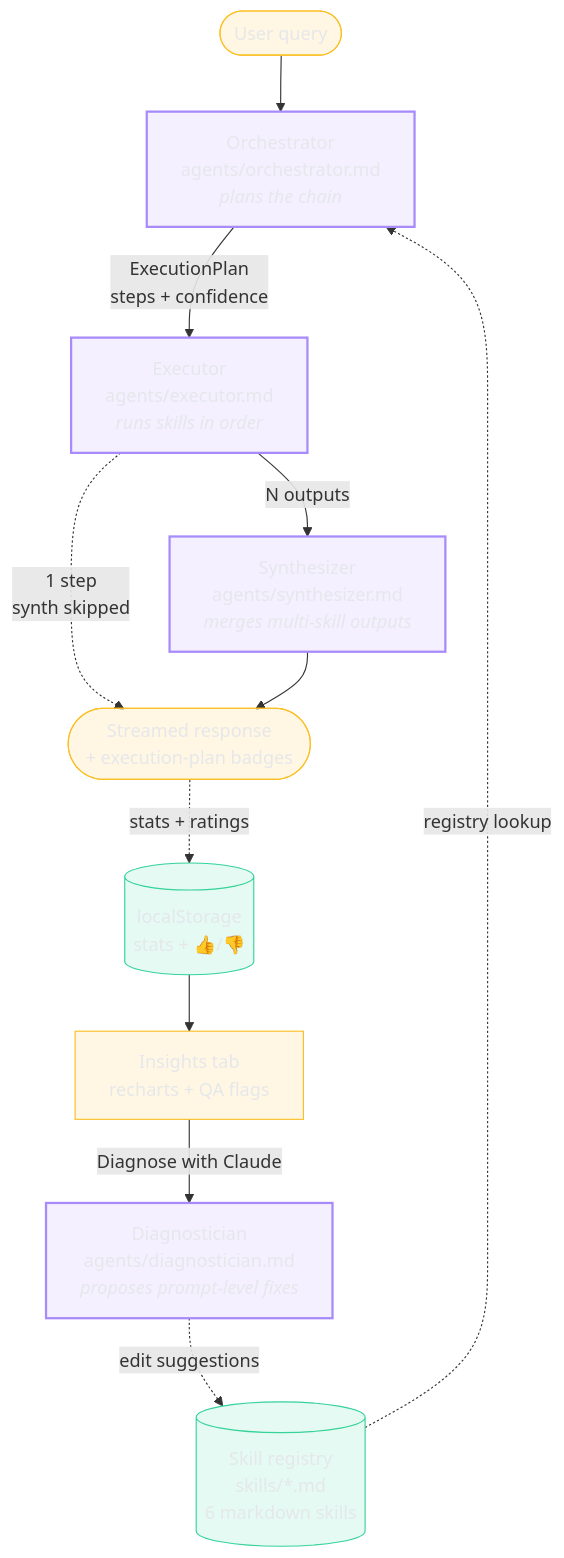
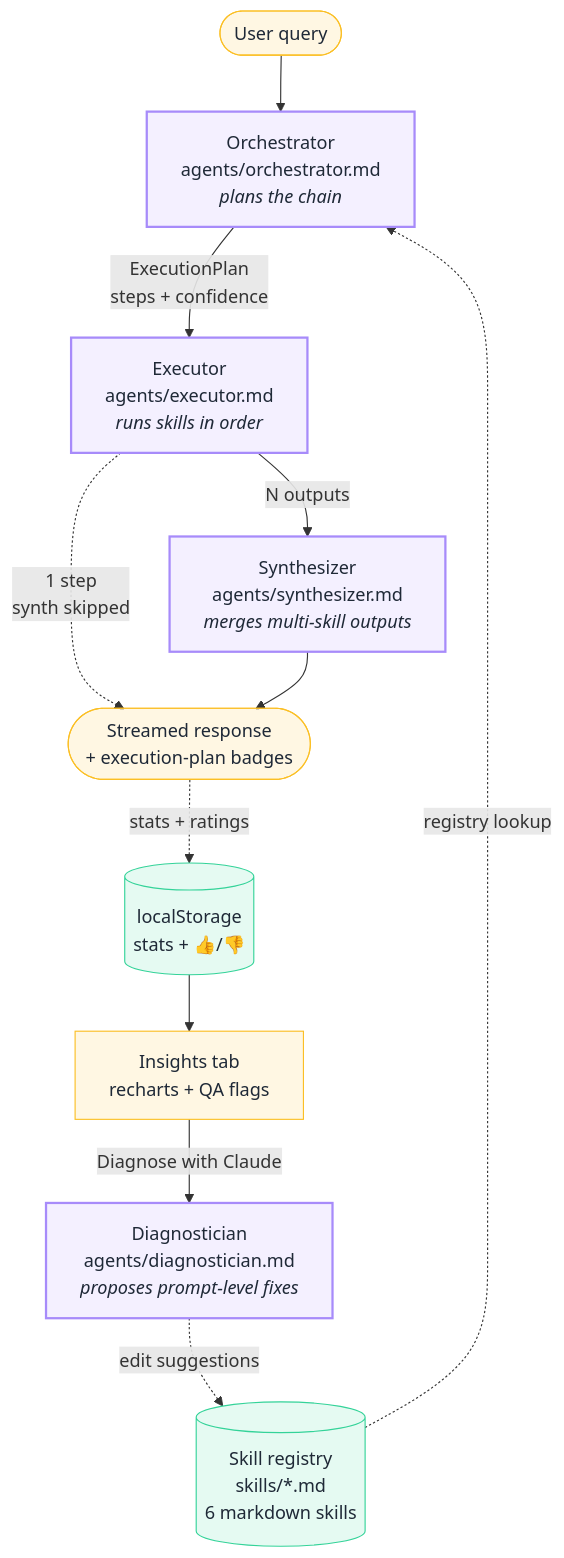
Before and after one commit to benxu001/ramp-skills-marketplace: the diagram in flow-diagram.md, drawn with Mermaid.

Commit message:
updated font color

````diff
--- a/flow-diagram.md
+++ b/flow-diagram.md
@@ -5,34 +5,34 @@
 ```mermaid
 flowchart TD
     U([User query])
 
     O[Orchestrator<br/>agents/orchestrator.md<br/><i>plans the chain</i>]
     E[Executor<br/>agents/executor.md<br/><i>runs skills in order</i>]
     S[Synthesizer<br/>agents/synthesizer.md<br/><i>merges multi-skill outputs</i>]
     R([Streamed response<br/>+ execution-plan badges])
 
     SK[(Skill registry<br/>skills/*.md<br/>6 markdown skills)]
 
     LS[(localStorage<br/>stats + 👍/👎)]
     I[Insights tab<br/>recharts + QA flags]
     D[Diagnostician<br/>agents/diagnostician.md<br/><i>proposes prompt-level fixes</i>]
 
     U --> O
     SK -.->|registry lookup| O
     O -->|ExecutionPlan<br/>steps + confidence| E
     E -->|N outputs| S
     E -.->|1 step<br/>synth skipped| R
     S --> R
     R -.->|stats + ratings| LS
     LS --> I
     I -->|Diagnose with Claude| D
     D -.->|edit suggestions| SK
 
-    classDef agent fill:#a78bfa20,stroke:#a78bfa,stroke-width:2px,color:#e5e7eb
-    classDef data fill:#34d39920,stroke:#34d399,stroke-width:1px,color:#e5e7eb
-    classDef io fill:#fbbf2420,stroke:#fbbf24,stroke-width:1px,color:#e5e7eb
+    classDef agent fill:#a78bfa20,stroke:#a78bfa,stroke-width:2px,color:#1f2937
+    classDef data fill:#34d39920,stroke:#34d399,stroke-width:1px,color:#1f2937
+    classDef io fill:#fbbf2420,stroke:#fbbf24,stroke-width:1px,color:#1f2937
 
     class O,E,S,D agent
     class SK,LS data
     class U,R,I io
 ```
````
